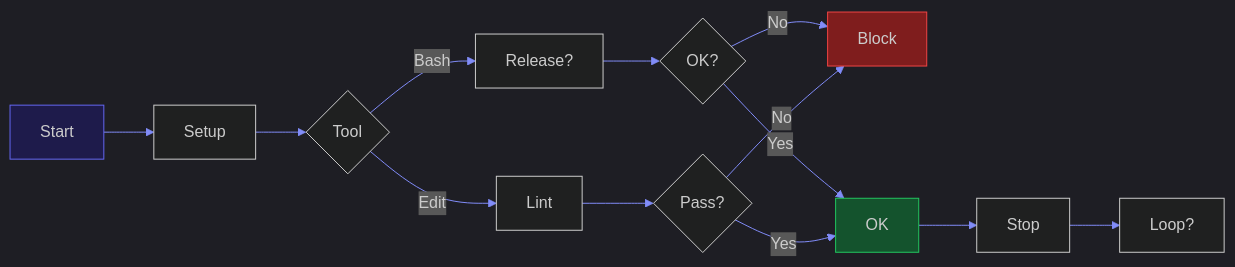
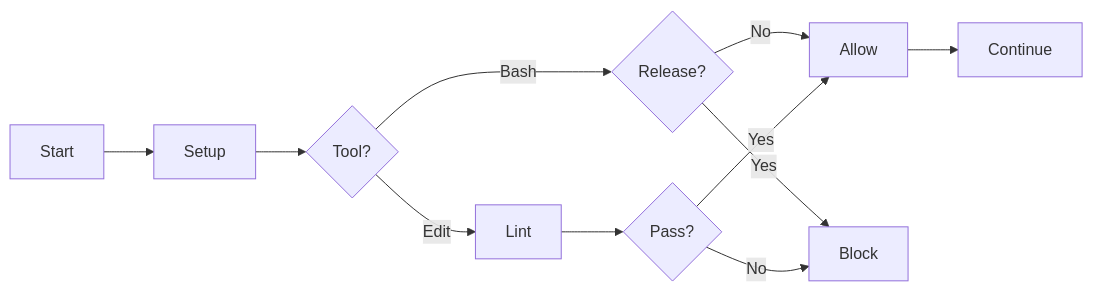
Before and after one commit to blueraai/bluera-base: the second of 4 diagrams in README.md, drawn with Mermaid. The commit also changed other lines of this file and 1 other file, not shown here.

First line of the commit message:
fix(mermaid): remove theme config causing GitHub truncation

````diff
--- a/README.md
+++ b/README.md
@@ -97,20 +93,13 @@
 ```mermaid
-%%{init: {'theme': 'dark', 'themeVariables': { 'primaryColor': '#6366f1', 'primaryTextColor': '#f8fafc', 'primaryBorderColor': '#818cf8', 'lineColor': '#818cf8', 'secondaryColor': '#1e1b4b', 'tertiaryColor': '#312e81'}}}%%
 flowchart LR
     A[Start] --> B[Setup]
-    B --> C{Tool}
-    C -->|Bash| D[Release?]
+    B --> C{Tool?}
+    C -->|Bash| D{Release?}
     C -->|Edit| E[Lint]
-    D --> F{OK?}
-    E --> G{Pass?}
-    F -->|No| H[Block]
-    F -->|Yes| I[OK]
-    G -->|No| H
-    G -->|Yes| I
-    I --> J[Stop]
-    J --> K[Loop?]
-
-    style A fill:#1e1b4b,stroke:#6366f1
-    style H fill:#7f1d1d,stroke:#ef4444
-    style I fill:#14532d,stroke:#22c55e
+    D -->|No| F[Allow]
+    D -->|Yes| G[Block]
+    E --> H{Pass?}
+    H -->|No| G
+    H -->|Yes| F
+    F --> I[Continue]
 ```
````
